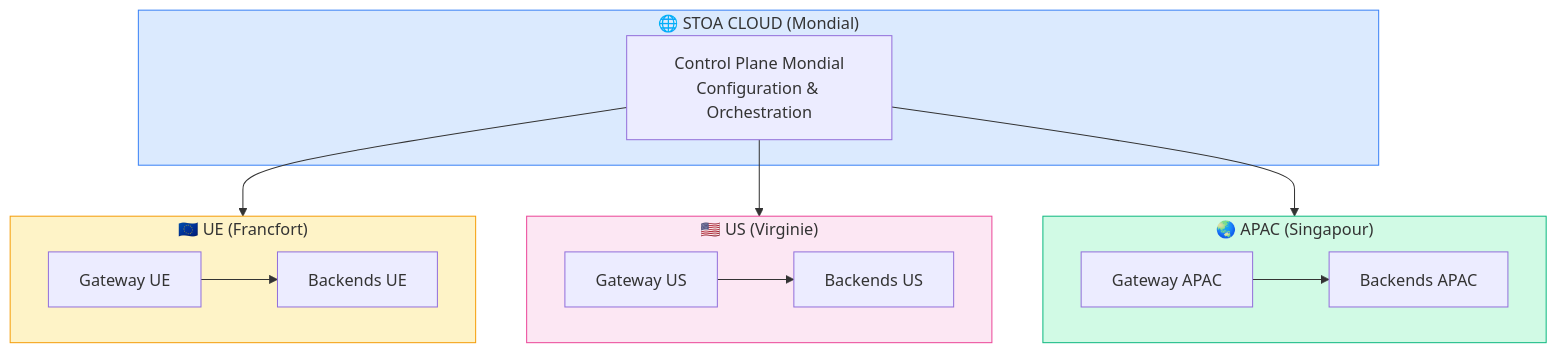
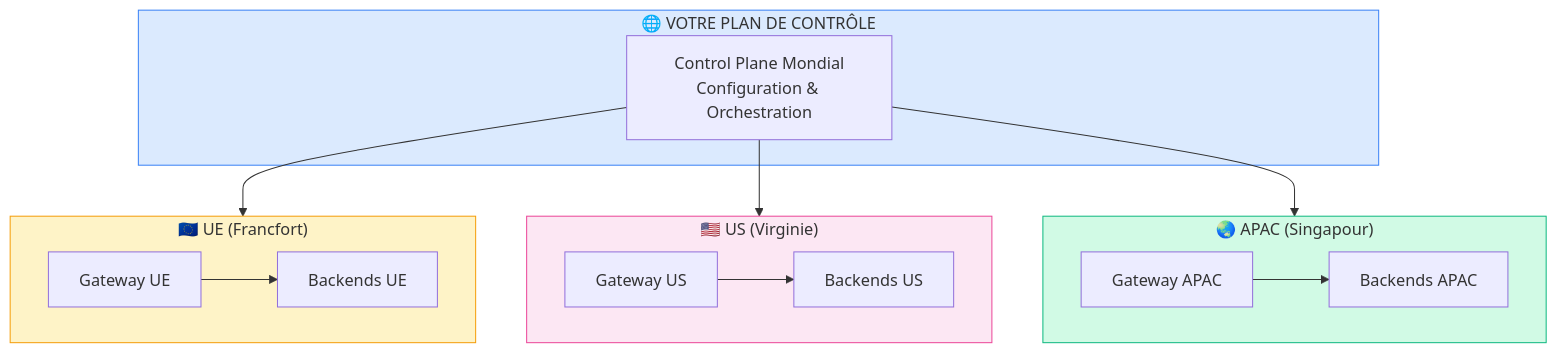
One commit to stoa-platform/stoa-docs changed the third of 4 diagrams in i18n/fr/docusaurus-plugin-content-docs/current/deployment/hybrid.md. Above: the diagram before and after it, drawn with Mermaid. The commit also changed other lines of this file and 87 other files, not shown here.

````diff
--- a/i18n/fr/docusaurus-plugin-content-docs/current/deployment/hybrid.md
+++ b/i18n/fr/docusaurus-plugin-content-docs/current/deployment/hybrid.md
@@ -172,31 +176,31 @@
 ```mermaid
 flowchart TB
-    subgraph Global["🌐 STOA CLOUD (Mondial)"]
+    subgraph Global["🌐 VOTRE PLAN DE CONTRÔLE"]
         GCP["Control Plane Mondial<br/>Configuration & Orchestration"]
     end
 
     subgraph EU["🇪🇺 UE (Francfort)"]
         EUG["Gateway UE"]
         EUB["Backends UE"]
         EUG --> EUB
     end
 
     subgraph US["🇺🇸 US (Virginie)"]
         USG["Gateway US"]
         USB["Backends US"]
         USG --> USB
     end
 
     subgraph APAC["🌏 APAC (Singapour)"]
         APG["Gateway APAC"]
         APB["Backends APAC"]
         APG --> APB
     end
 
     GCP --> EU & US & APAC
 
     style Global fill:#dbeafe,stroke:#3b82f6
     style EU fill:#fef3c7,stroke:#f59e0b
     style US fill:#fce7f3,stroke:#ec4899
     style APAC fill:#d1fae5,stroke:#10b981
 ```
````
